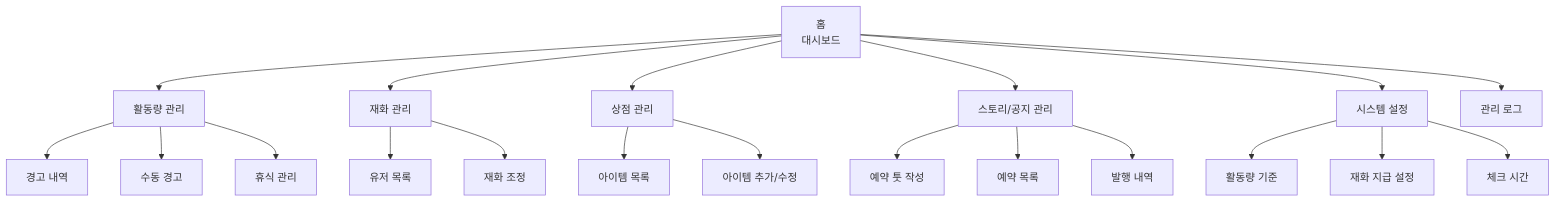
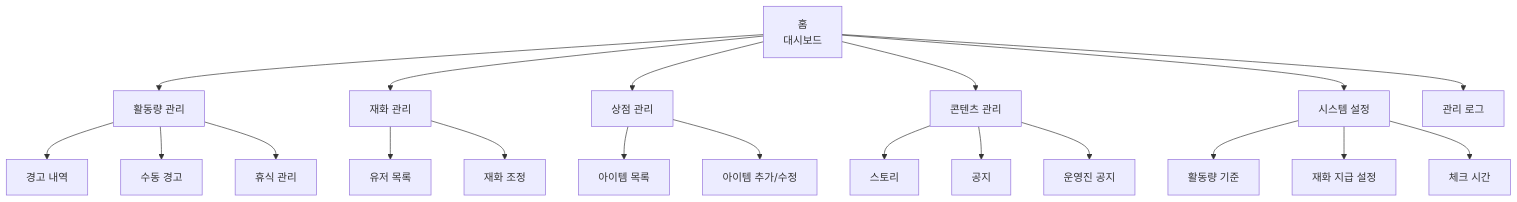
One commit to NinoNinoNinoling/commumanager changed the diagram in docs/admin web.md. Above: the diagram before and after it, drawn with Mermaid. The commit also changed other lines of this file and 3 other files, not shown here.

````diff
--- a/docs/admin web.md
+++ b/docs/admin web.md
@@ -11,27 +11,27 @@
 ```mermaid
 graph TD
     A[홈<br/>대시보드] --> B[활동량 관리]
     A --> C[재화 관리]
     A --> D[상점 관리]
-    A --> E[스토리/공지 관리]
+    A --> E[콘텐츠 관리]
     A --> F[시스템 설정]
     A --> G[관리 로그]
 
     B --> B1[경고 내역]
     B --> B2[수동 경고]
     B --> B3[휴식 관리]
 
     C --> C1[유저 목록]
     C --> C2[재화 조정]
 
     D --> D1[아이템 목록]
     D --> D2[아이템 추가/수정]
 
-    E --> E1[예약 툿 작성]
-    E --> E2[예약 목록]
-    E --> E3[발행 내역]
+    E --> E1[스토리]
+    E --> E2[공지]
+    E --> E3[운영진 공지]
 
     F --> F1[활동량 기준]
     F --> F2[재화 지급 설정]
     F --> F3[체크 시간]
 ```
````
